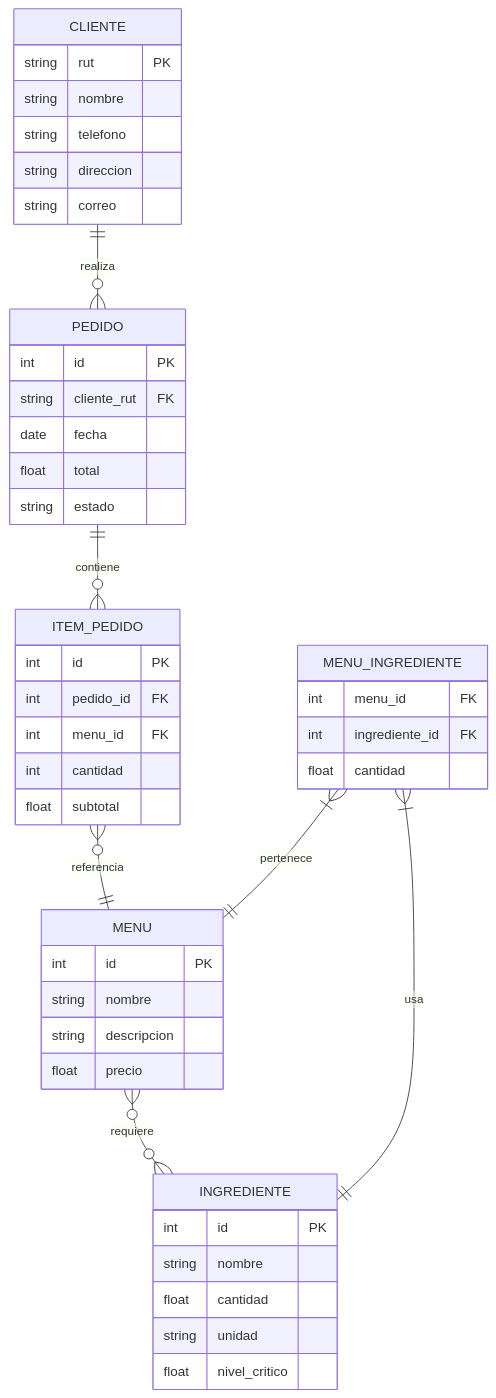
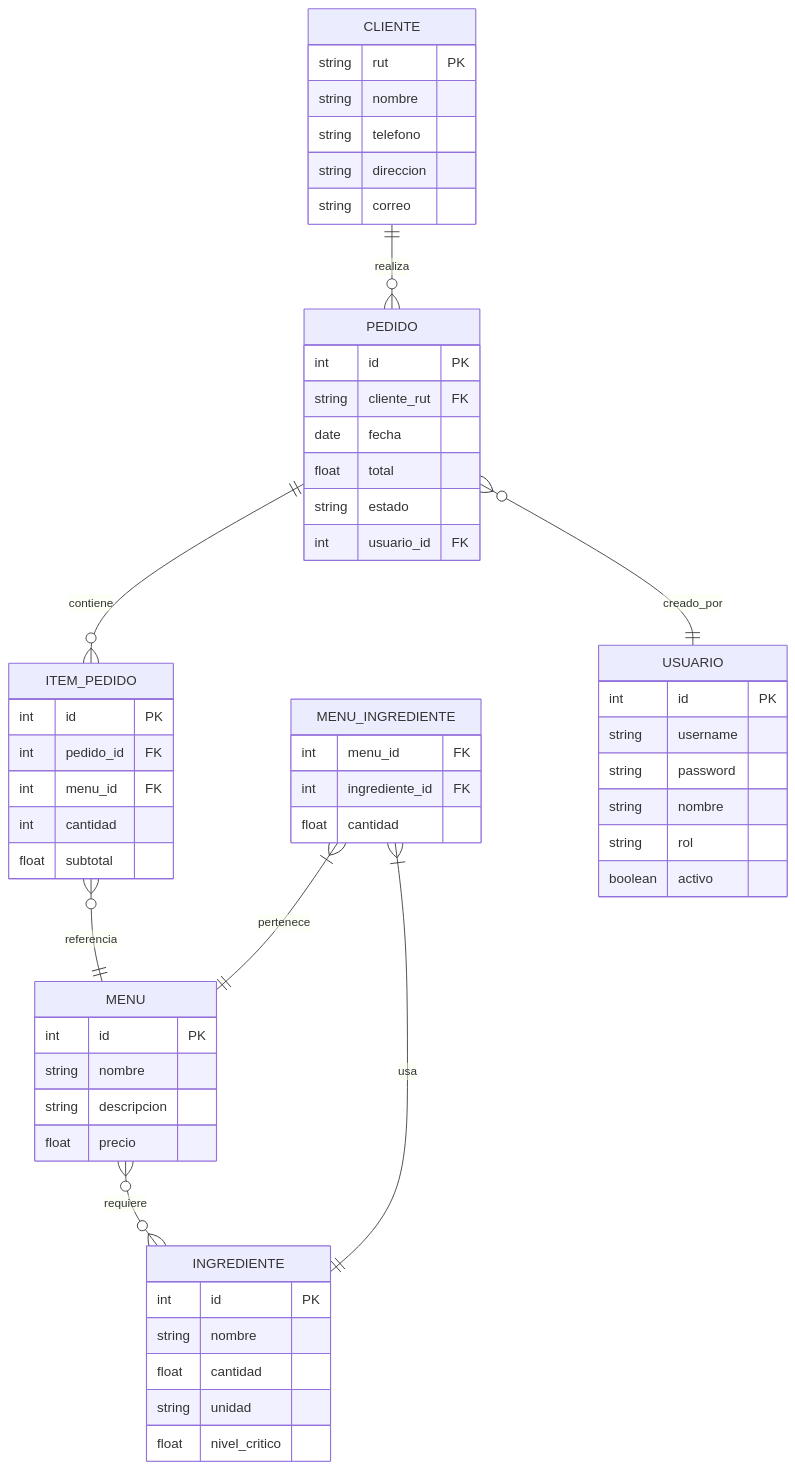
One commit to Fabo01/Dise-o_Software changed the seventh of 12 diagrams in Sistema_Restaurante/Docs/Diagramas/Diagramas.md. Above: the diagram before and after it, drawn with Mermaid. The commit also changed other lines of this file and 8 other files, not shown here.

````diff
--- a/Sistema_Restaurante/Docs/Diagramas/Diagramas.md
+++ b/Sistema_Restaurante/Docs/Diagramas/Diagramas.md
@@ -756,54 +753,65 @@
 ```mermaid
 erDiagram
     CLIENTE {
         string rut PK
         string nombre
         string telefono
         string direccion
         string correo
     }
     
     PEDIDO {
         int id PK
         string cliente_rut FK
         date fecha
         float total
         string estado
+        int usuario_id FK
     }
     
     MENU {
         int id PK
         string nombre
         string descripcion
         float precio
     }
     
     ITEM_PEDIDO {
         int id PK
         int pedido_id FK
         int menu_id FK
         int cantidad
         float subtotal
     }
     
     INGREDIENTE {
         int id PK
         string nombre
         float cantidad
         string unidad
         float nivel_critico
     }
     
     MENU_INGREDIENTE {
         int menu_id FK
         int ingrediente_id FK
         float cantidad
     }
     
+    USUARIO {
+        int id PK
+        string username
+        string password
+        string nombre
+        string rol
+        boolean activo
+    }
+    
     CLIENTE ||--o{ PEDIDO : realiza
     PEDIDO ||--o{ ITEM_PEDIDO : contiene
     ITEM_PEDIDO }o--|| MENU : referencia
     MENU }o--o{ INGREDIENTE : requiere
     MENU_INGREDIENTE }|--|| MENU : pertenece
     MENU_INGREDIENTE }|--|| INGREDIENTE : usa
+    PEDIDO }o--|| USUARIO : creado_por
 ```
````
